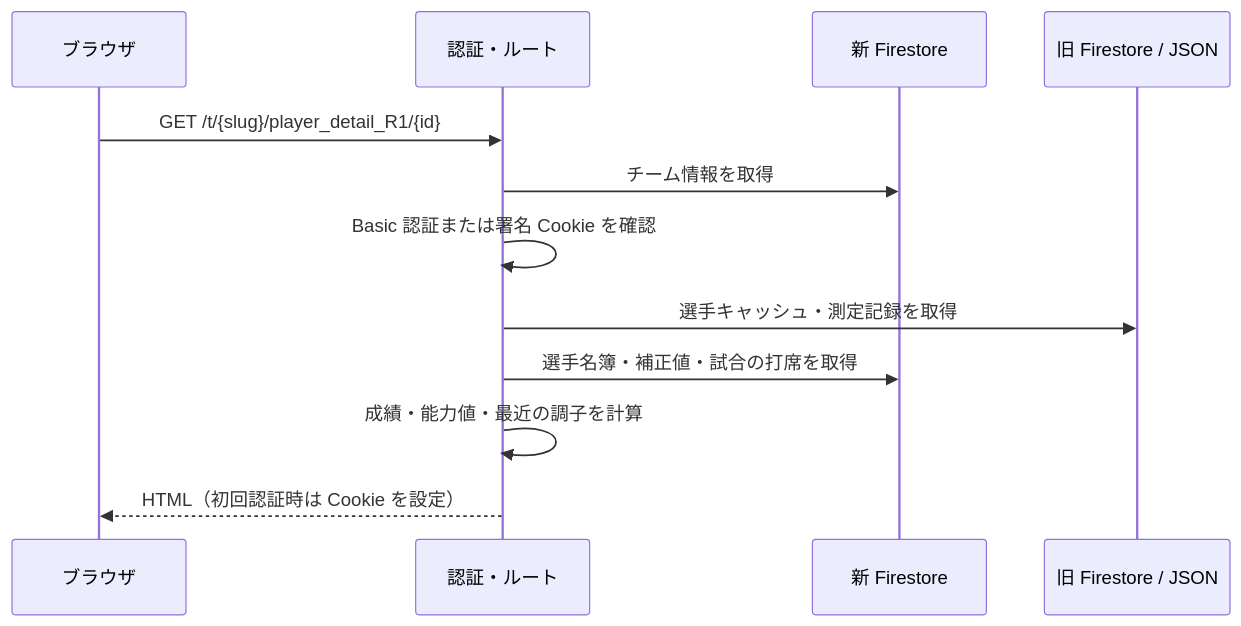
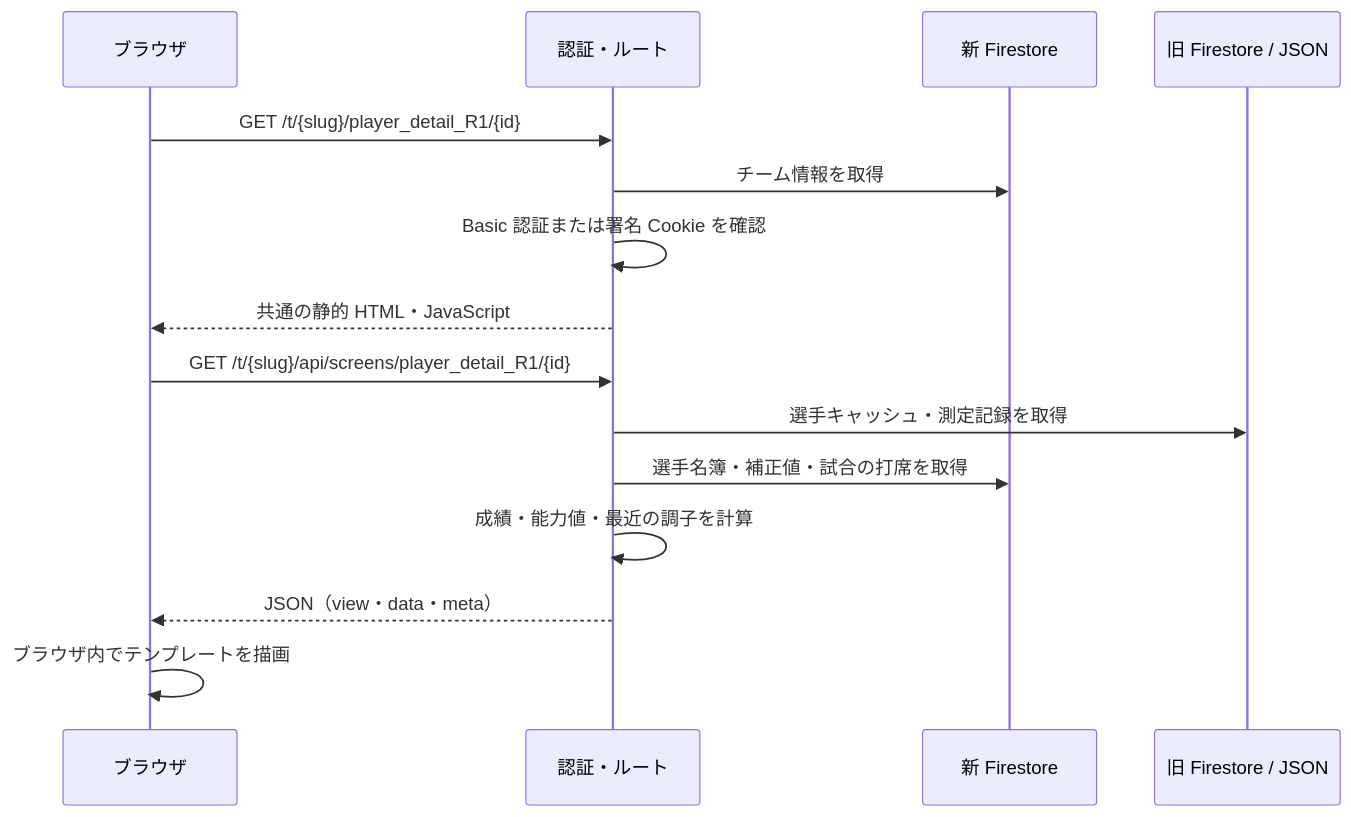
One commit to t-kik0313/basemob-web changed the second of 3 diagrams in 01.doc/design/README.md. Above: the diagram before and after it, drawn with Mermaid. The commit also changed other lines of this file and 130 other files, not shown here.

Commit message:
API＋JavaScript で描画する方式へ移行

````diff
--- a/01.doc/design/README.md
+++ b/01.doc/design/README.md
@@ -48,14 +51,17 @@
 ```mermaid
 sequenceDiagram
     participant B as ブラウザ
     participant A as 認証・ルート
     participant N as 新 Firestore
     participant O as 旧 Firestore / JSON
     B->>A: GET /t/{slug}/player_detail_R1/{id}
     A->>N: チーム情報を取得
     A->>A: Basic 認証または署名 Cookie を確認
+    A-->>B: 共通の静的 HTML・JavaScript
+    B->>A: GET /t/{slug}/api/screens/player_detail_R1/{id}
     A->>O: 選手キャッシュ・測定記録を取得
     A->>N: 選手名簿・補正値・試合の打席を取得
     A->>A: 成績・能力値・最近の調子を計算
-    A-->>B: HTML（初回認証時は Cookie を設定）
+    A-->>B: JSON（view・data・meta）
+    B->>B: ブラウザ内でテンプレートを描画
 ```
````
